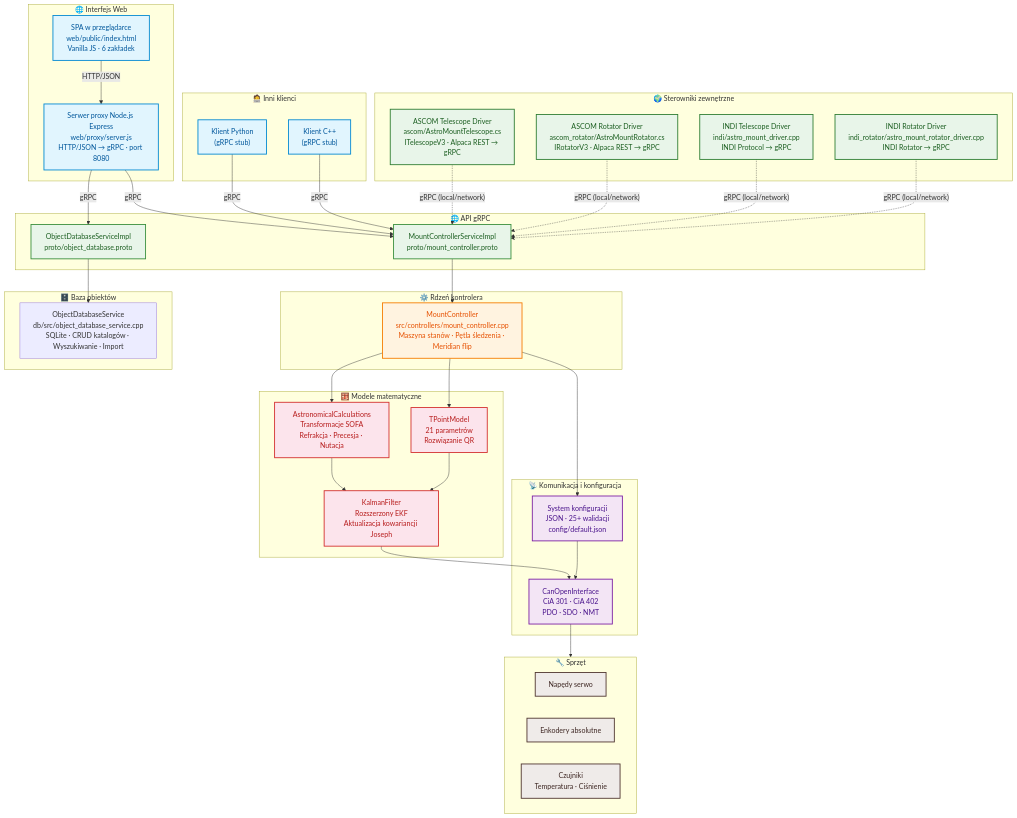
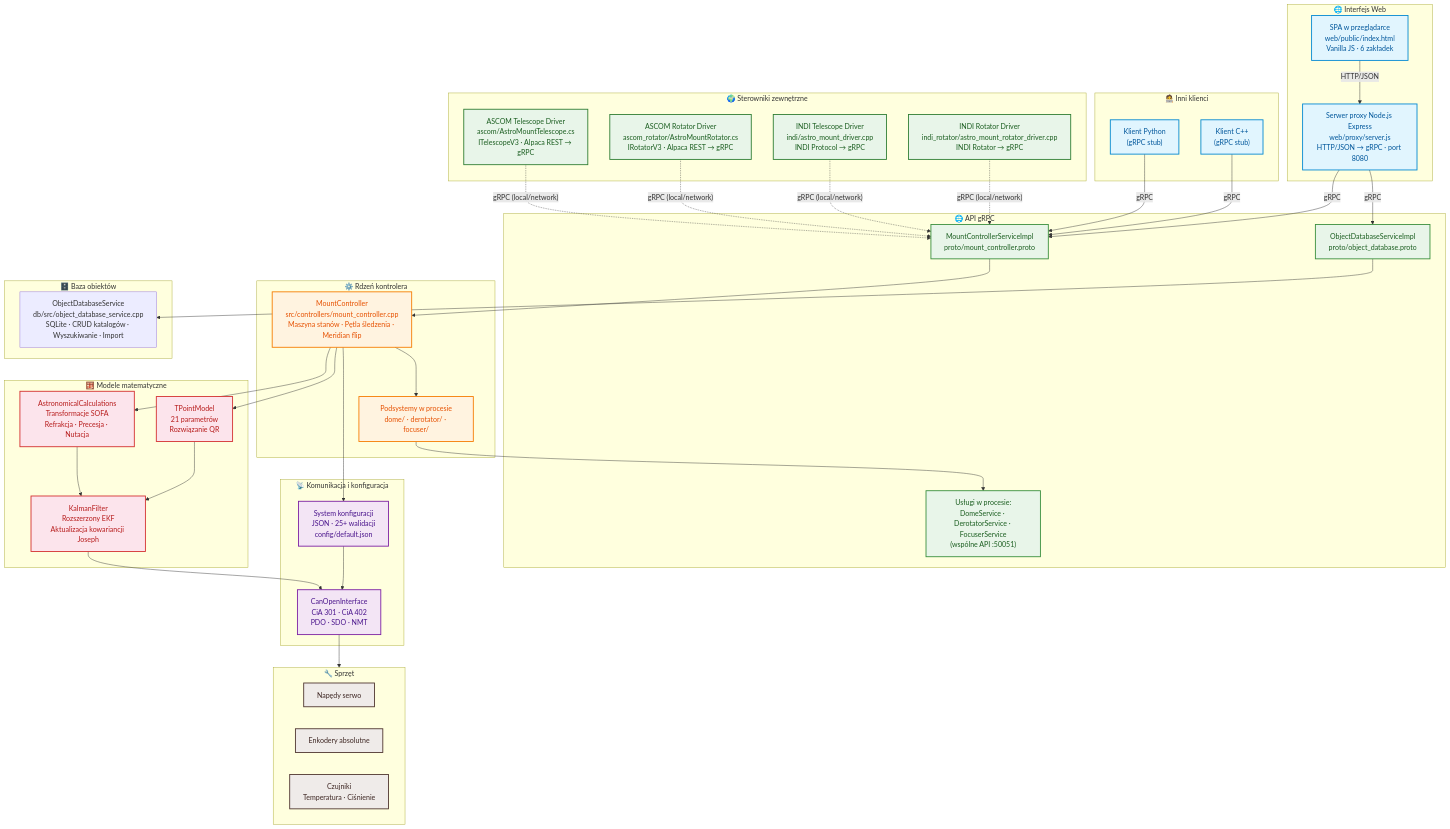
Before and after one commit to pielaszkiewicz-jacek/astro_mount_control: the first of 2 diagrams in docs/pl/index.md, drawn with Mermaid. The commit also changed other lines of this file and 674 other files, not shown here.

```diff
--- a/docs/pl/index.md
+++ b/docs/pl/index.md
@@ -66,10 +67,12 @@
     subgraph API["🌐 API gRPC"]
         GRPC["MountControllerServiceImpl<br/>proto/mount_controller.proto"]
         DB_GRPC["ObjectDatabaseServiceImpl<br/>proto/object_database.proto"]
+        INPROC["Usługi w procesie:<br/>DomeService · DerotatorService · FocuserService<br/>(wspólne API :50051)"]
     end
 
     subgraph CORE["⚙️ Rdzeń kontrolera"]
         MC["MountController<br/>src/controllers/mount_controller.cpp<br/>Maszyna stanów · Pętla śledzenia · Meridian flip"]
+        INPROCSVC["Podsystemy w procesie<br/>dome/ · derotator/ · focuser/"]
     end
 
     subgraph MODELS["🧮 Modele matematyczne"]
@@ -110,6 +113,8 @@
     MC --> ASTRO
     MC --> TPOINT
     MC --> CONFIG
+    MC --> INPROCSVC
+    INPROCSVC --> INPROC
     ASTRO --> KF
     TPOINT --> KF
     KF --> CAN
@@ -123,8 +128,8 @@
 
     class SPA,PROXY client
     class PY,CPP client
-    class GRPC,DB_GRPC api
-    class MC core
+    class GRPC,DB_GRPC,INPROC api
+    class MC,INPROCSVC core
     class ASTRO,TPOINT,KF model
     class CAN,CONFIG comm
     class HW1,HW2,HW3 hw
```
